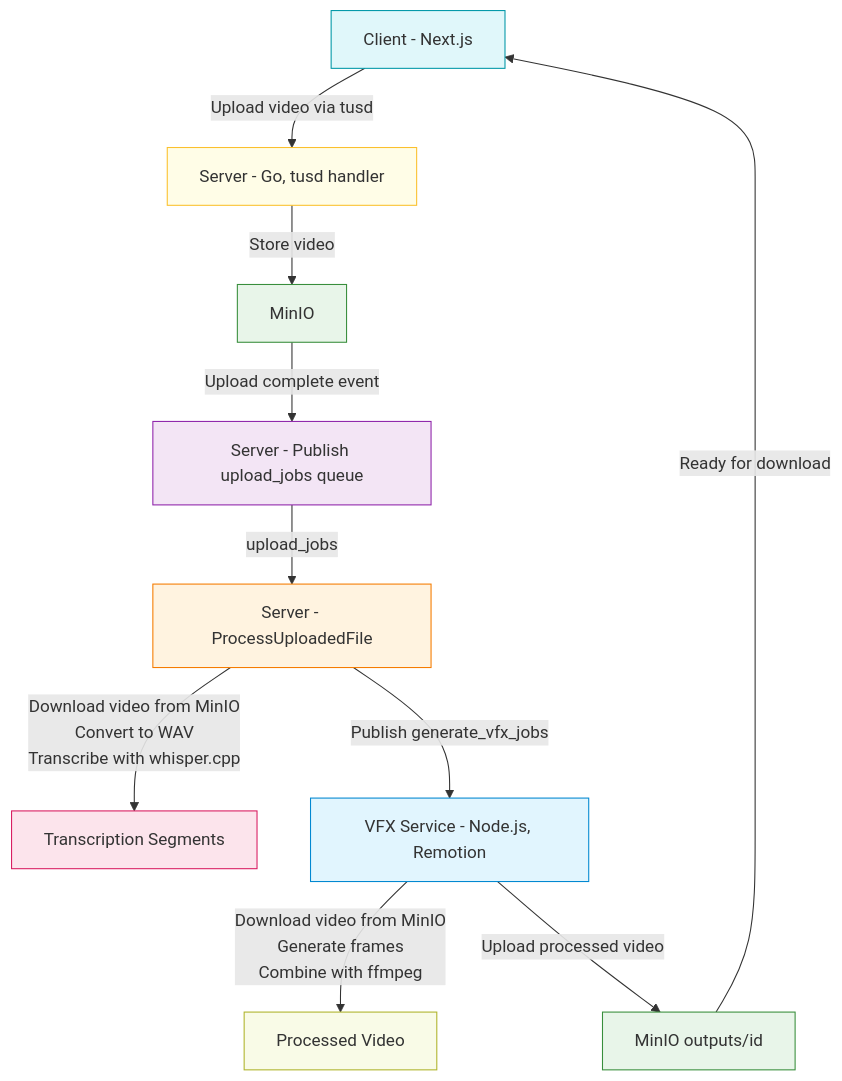
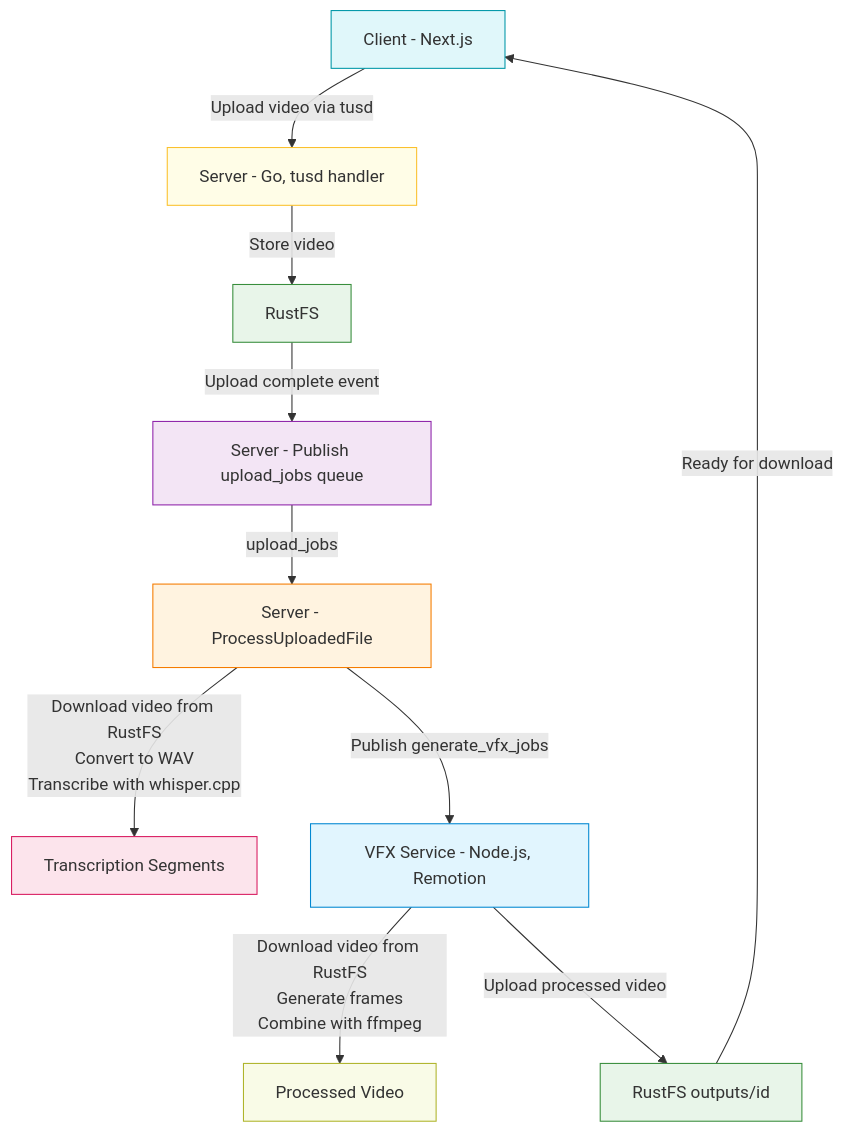
The diagram in README.md (rubichandrap/subvision), drawn with Mermaid before and after one commit. The commit also changed other lines of this file and 24 other files, not shown here.

First line of the commit message:
feat: migrate object storage from MinIO to RustFS behind an S3 seam

````diff
--- a/README.md
+++ b/README.md
@@ -33,22 +33,22 @@
 ```mermaid
 flowchart TD
     A[Client - Next.js] -- Upload video via tusd --> B[Server - Go, tusd handler]
-    B -- Store video --> C[MinIO]
+    B -- Store video --> C[RustFS]
     C -- Upload complete event --> D[Server - Publish upload_jobs queue]
     D -- upload_jobs --> E[Server - ProcessUploadedFile]
-    E -- Download video from MinIO<br>Convert to WAV<br>Transcribe with whisper.cpp --> F[Transcription Segments]
+    E -- Download video from RustFS<br>Convert to WAV<br>Transcribe with whisper.cpp --> F[Transcription Segments]
     E -- Publish generate_vfx_jobs --> G[VFX Service - Node.js, Remotion]
-    G -- Download video from MinIO<br>Generate frames<br>Combine with ffmpeg --> H[Processed Video]
-    G -- Upload processed video --> I[MinIO outputs/id]
+    G -- Download video from RustFS<br>Generate frames<br>Combine with ffmpeg --> H[Processed Video]
+    G -- Upload processed video --> I[RustFS outputs/id]
     I -- Ready for download --> A
 
     style A fill:#e0f7fa,stroke:#0097a7
     style B fill:#fffde7,stroke:#fbc02d
     style C fill:#e8f5e9,stroke:#388e3c
     style D fill:#f3e5f5,stroke:#8e24aa
     style E fill:#fff3e0,stroke:#f57c00
     style F fill:#fce4ec,stroke:#d81b60
     style G fill:#e1f5fe,stroke:#0288d1
     style H fill:#f9fbe7,stroke:#afb42b
     style I fill:#e8f5e9,stroke:#388e3c
 ```
````
